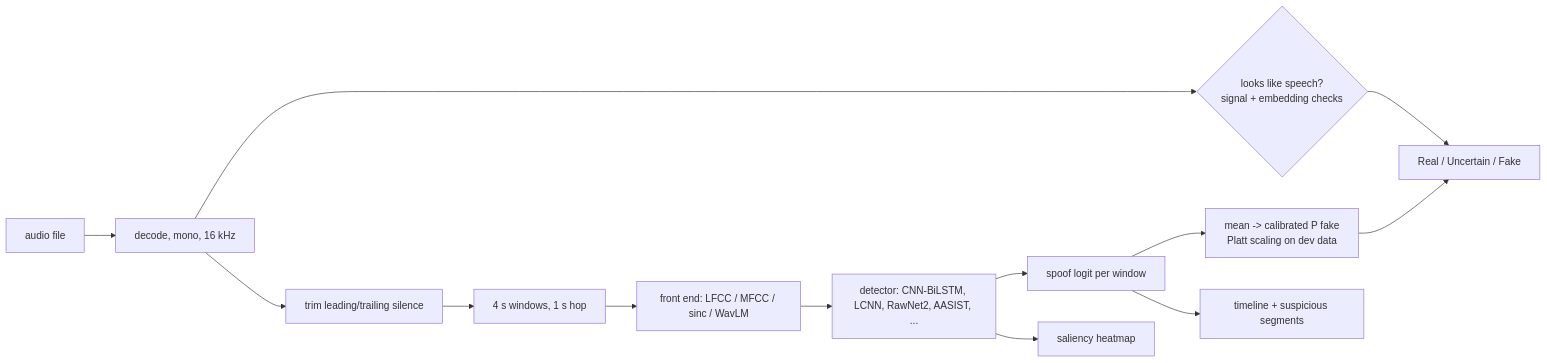
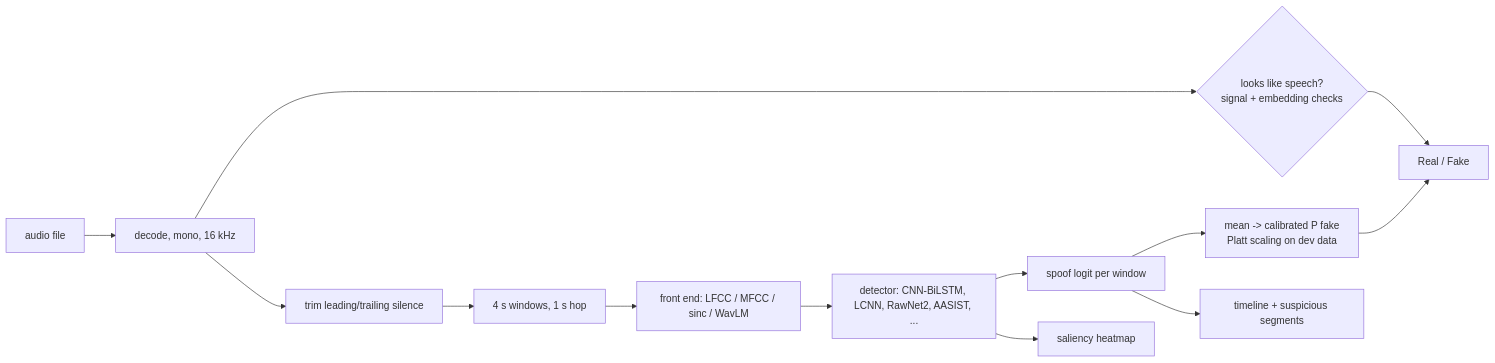
The diagram in README.md (gopalkdeshpande1998-hub/Audio-DeepFake-Detection-using-CNN-BiLSTM), drawn with Mermaid before and after one commit. The commit also changed other lines of this file and 27 other files, not shown here.

First line of the commit message:
Binary segment labels, results page with charts, macOS support

````diff
--- a/README.md
+++ b/README.md
@@ -49,15 +69,15 @@
 ```mermaid
 flowchart LR
   A[audio file] --> B[decode, mono, 16 kHz]
   B --> C{looks like speech?\nsignal + embedding checks}
   B --> D[trim leading/trailing silence]
   D --> E[4 s windows, 1 s hop]
   E --> F[front end: LFCC / MFCC / sinc / WavLM]
   F --> G[detector: CNN-BiLSTM, LCNN, RawNet2, AASIST, ...]
   G --> H[spoof logit per window]
   H --> I[mean -> calibrated P fake\nPlatt scaling on dev data]
-  I --> J[Real / Uncertain / Fake]
+  I --> J[Real / Fake]
   H --> K[timeline + suspicious segments]
   G --> L[saliency heatmap]
   C --> J
 ```
````
